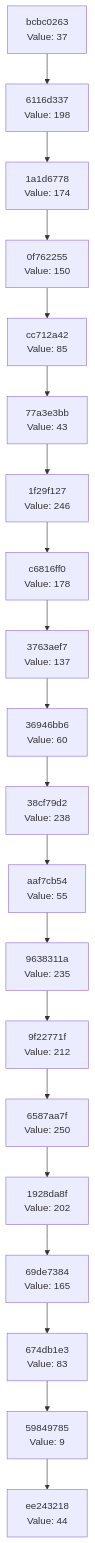
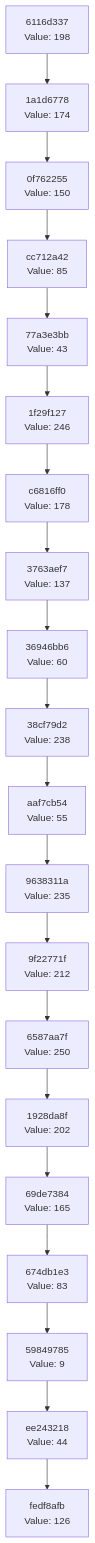
The diagram in docs/CHAIN_VISUALIZATION.md (Abhisheksinha1506/hash-chain-evolver), drawn with Mermaid before and after one commit. The commit also changed 3 other files, not shown here.

````diff
--- a/docs/CHAIN_VISUALIZATION.md
+++ b/docs/CHAIN_VISUALIZATION.md
@@ -3,42 +3,42 @@
 ```mermaid
 graph TD
-    C0["ee243218<br/>Value: 44"]
-    C1["59849785<br/>Value: 9"]
+    C0["fedf8afb<br/>Value: 126"]
+    C1["ee243218<br/>Value: 44"]
     C1 --> C0
-    C2["674db1e3<br/>Value: 83"]
+    C2["59849785<br/>Value: 9"]
     C2 --> C1
-    C3["69de7384<br/>Value: 165"]
+    C3["674db1e3<br/>Value: 83"]
     C3 --> C2
-    C4["1928da8f<br/>Value: 202"]
+    C4["69de7384<br/>Value: 165"]
     C4 --> C3
-    C5["6587aa7f<br/>Value: 250"]
+    C5["1928da8f<br/>Value: 202"]
     C5 --> C4
-    C6["9f22771f<br/>Value: 212"]
+    C6["6587aa7f<br/>Value: 250"]
     C6 --> C5
-    C7["9638311a<br/>Value: 235"]
+    C7["9f22771f<br/>Value: 212"]
     C7 --> C6
-    C8["aaf7cb54<br/>Value: 55"]
+    C8["9638311a<br/>Value: 235"]
     C8 --> C7
-    C9["38cf79d2<br/>Value: 238"]
+    C9["aaf7cb54<br/>Value: 55"]
     C9 --> C8
-    C10["36946bb6<br/>Value: 60"]
+    C10["38cf79d2<br/>Value: 238"]
     C10 --> C9
-    C11["3763aef7<br/>Value: 137"]
+    C11["36946bb6<br/>Value: 60"]
     C11 --> C10
-    C12["c6816ff0<br/>Value: 178"]
+    C12["3763aef7<br/>Value: 137"]
     C12 --> C11
-    C13["1f29f127<br/>Value: 246"]
+    C13["c6816ff0<br/>Value: 178"]
     C13 --> C12
-    C14["77a3e3bb<br/>Value: 43"]
+    C14["1f29f127<br/>Value: 246"]
     C14 --> C13
-    C15["cc712a42<br/>Value: 85"]
+    C15["77a3e3bb<br/>Value: 43"]
     C15 --> C14
-    C16["0f762255<br/>Value: 150"]
+    C16["cc712a42<br/>Value: 85"]
     C16 --> C15
-    C17["1a1d6778<br/>Value: 174"]
+    C17["0f762255<br/>Value: 150"]
     C17 --> C16
-    C18["6116d337<br/>Value: 198"]
+    C18["1a1d6778<br/>Value: 174"]
     C18 --> C17
-    C19["bcbc0263<br/>Value: 37"]
+    C19["6116d337<br/>Value: 198"]
     C19 --> C18
 ```
````
